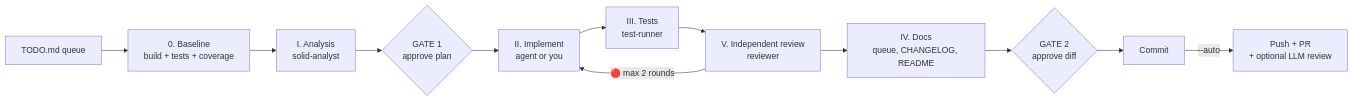
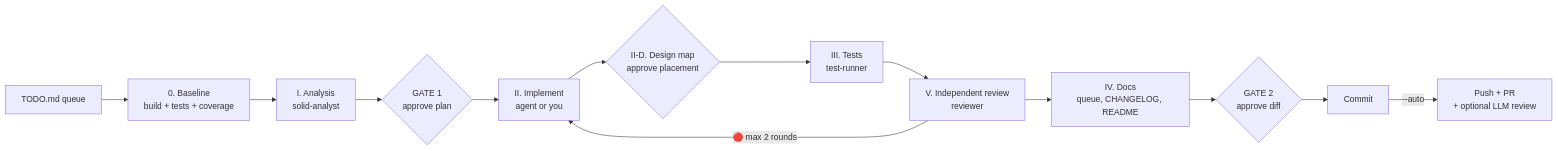
One commit to alexbypa/microtask-pipeline changed the diagram in README.md. Above: the diagram before and after it, drawn with Mermaid. The commit also changed other lines of this file and 3 other files, not shown here.

First line of the commit message:
feat: SOLID design map for agent-written code (step II-D)

````diff
--- a/README.md
+++ b/README.md
@@ -48,14 +49,15 @@
 ```mermaid
 flowchart LR
     Q[TODO.md queue] --> B[0. Baseline<br/>build + tests + coverage]
     B --> A[I. Analysis<br/>solid-analyst]
     A --> G1{GATE 1<br/>approve plan}
     G1 --> I[II. Implement<br/>agent or you]
-    I --> T[III. Tests<br/>test-runner]
+    I --> DG{II-D. Design map<br/>approve placement}
+    DG --> T[III. Tests<br/>test-runner]
     T --> R[V. Independent review<br/>reviewer]
     R -- "🔴 max 2 rounds" --> I
     R --> D[IV. Docs<br/>queue, CHANGELOG, README]
     D --> G2{GATE 2<br/>approve diff}
     G2 --> C[Commit]
     C -- "--auto" --> P[Push + PR<br/>+ optional LLM review]
 ```
````
